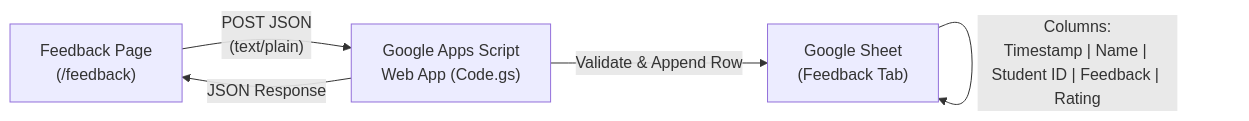
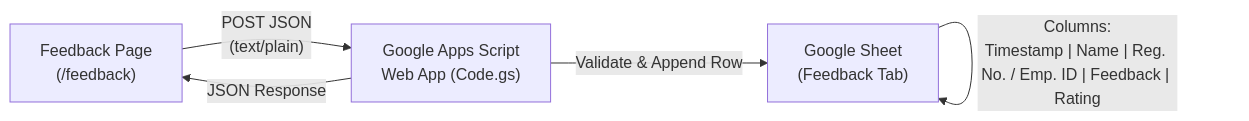
The diagram in docs/GOOGLE_SHEETS_FEEDBACK_SETUP.md (Aryan15-r/Workplace-harassment-G8), drawn with Mermaid before and after one commit. The commit also changed other lines of this file and 7 other files, not shown here.

First line of the commit message:
refactor(feedback): rename student ID to registration or employee ID

````diff
--- a/docs/GOOGLE_SHEETS_FEEDBACK_SETUP.md
+++ b/docs/GOOGLE_SHEETS_FEEDBACK_SETUP.md
@@ -12,7 +12,7 @@
 ```mermaid
 flowchart LR
     A["Feedback Page<br/>(/feedback)"] -->|"POST JSON<br/>(text/plain)"| B["Google Apps Script<br/>Web App (Code.gs)"]
     B -->|"Validate & Append Row"| C["Google Sheet<br/>(Feedback Tab)"]
-    C -->|"Columns:<br/>Timestamp | Name | Student ID | Feedback | Rating"| C
+    C -->|"Columns:<br/>Timestamp | Name | Reg. No. / Emp. ID | Feedback | Rating"| C
     B -->|"JSON Response"| A
 ```
````
